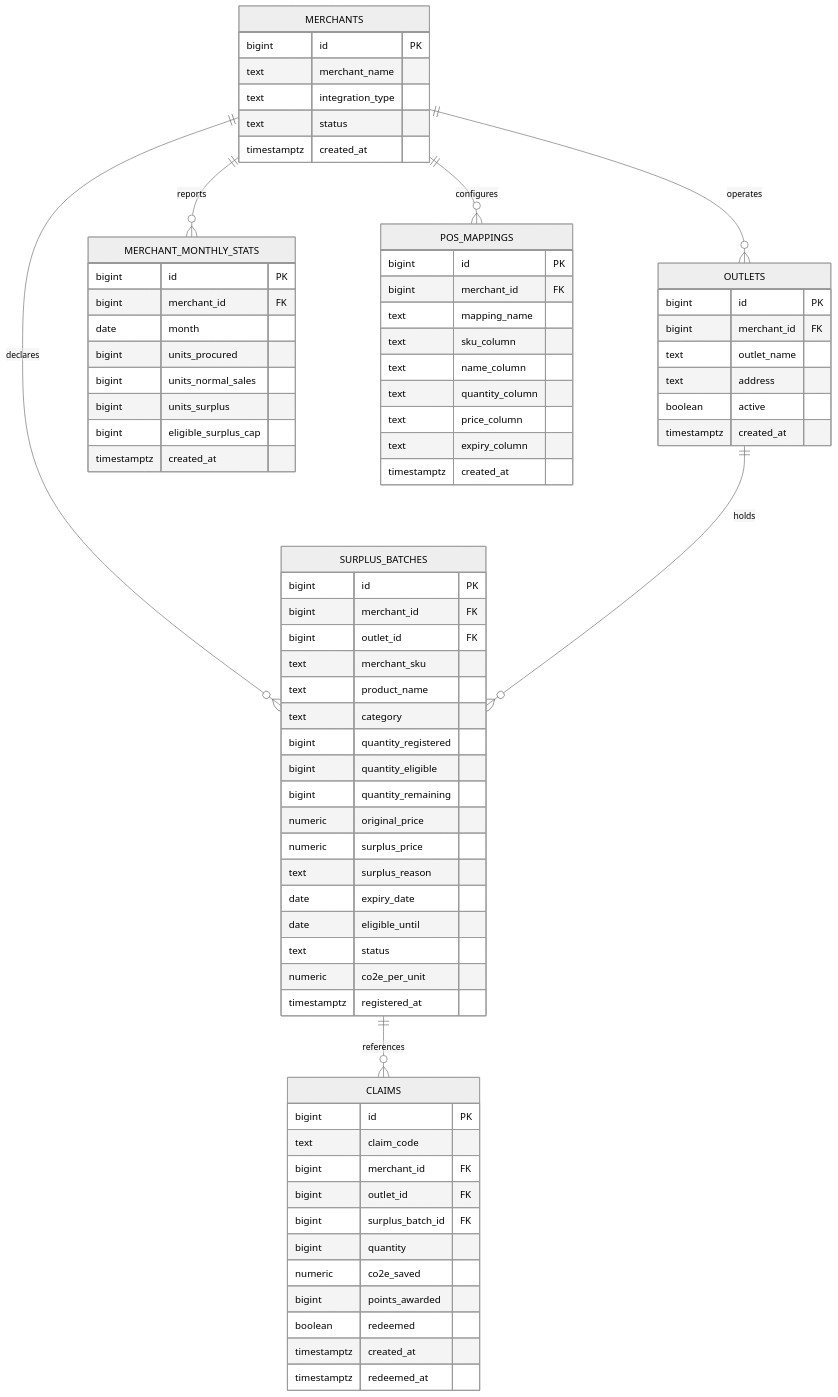
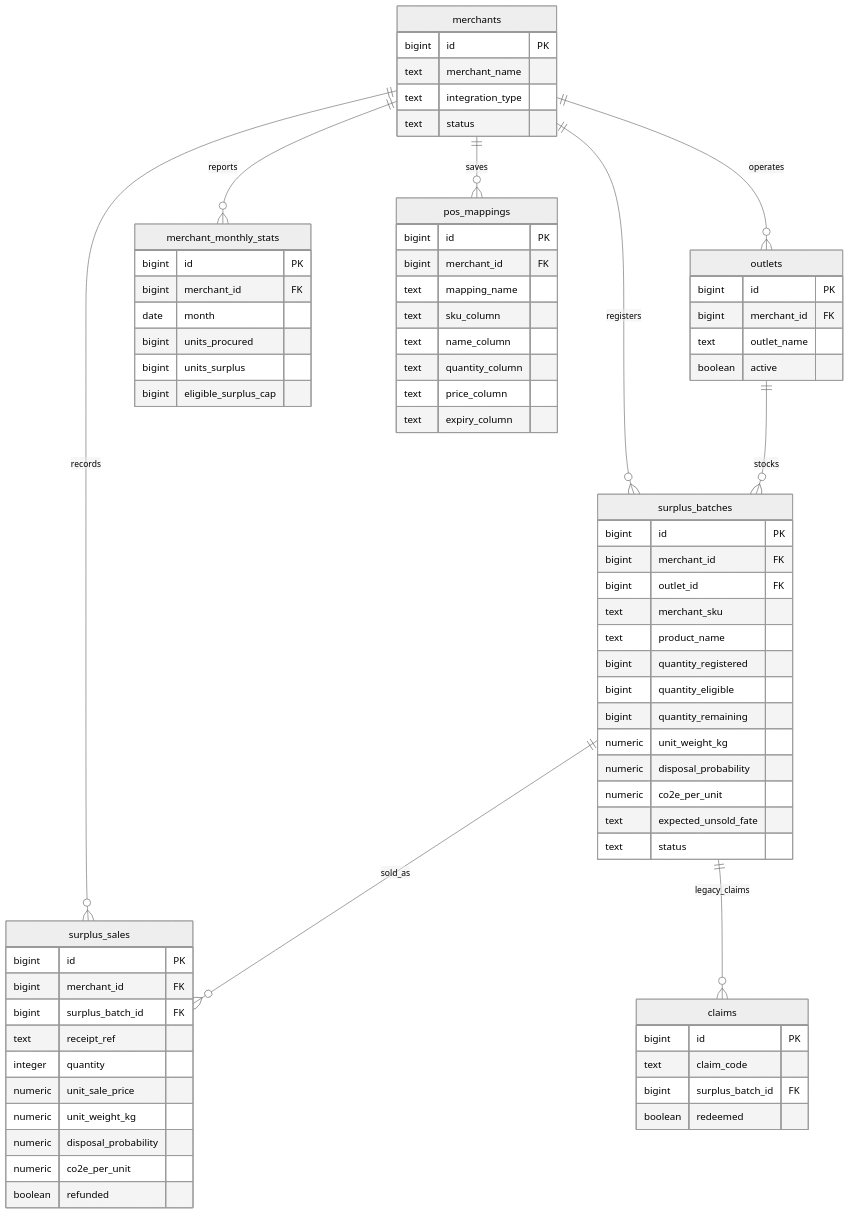
The fourth of 7 diagrams in PROJECT_DOCUMENTATION.md (JonelleTWQ/circular-quest-merchant), drawn with Mermaid (neutral theme) before and after one commit. The commit also changed other lines of this file, not shown here.

````diff
--- a/PROJECT_DOCUMENTATION.md
+++ b/PROJECT_DOCUMENTATION.md
@@ -134,78 +160,74 @@
 ```mermaid
 erDiagram
-    MERCHANTS ||--o{ OUTLETS : operates
-    MERCHANTS ||--o{ SURPLUS_BATCHES : declares
-    OUTLETS ||--o{ SURPLUS_BATCHES : holds
-    MERCHANTS ||--o{ MERCHANT_MONTHLY_STATS : reports
-    MERCHANTS ||--o{ POS_MAPPINGS : configures
-    SURPLUS_BATCHES ||--o{ CLAIMS : references
-
-    MERCHANTS {
-        bigint id PK
-        text merchant_name
-        text integration_type
-        text status
-        timestamptz created_at
-    }
-    OUTLETS {
-        bigint id PK
-        bigint merchant_id FK
-        text outlet_name
-        text address
-        boolean active
-        timestamptz created_at
-    }
-    SURPLUS_BATCHES {
-        bigint id PK
-        bigint merchant_id FK
-        bigint outlet_id FK
-        text merchant_sku
-        text product_name
-        text category
-        bigint quantity_registered
-        bigint quantity_eligible
-        bigint quantity_remaining
-        numeric original_price
-        numeric surplus_price
-        text surplus_reason
-        date expiry_date
-        date eligible_until
-        text status
-        numeric co2e_per_unit
-        timestamptz registered_at
-    }
-    POS_MAPPINGS {
-        bigint id PK
-        bigint merchant_id FK
-        text mapping_name
-        text sku_column
-        text name_column
-        text quantity_column
-        text price_column
-        text expiry_column
-        timestamptz created_at
-    }
-    MERCHANT_MONTHLY_STATS {
-        bigint id PK
-        bigint merchant_id FK
-        date month
-        bigint units_procured
-        bigint units_normal_sales
-        bigint units_surplus
-        bigint eligible_surplus_cap
-        timestamptz created_at
-    }
-    CLAIMS {
-        bigint id PK
-        text claim_code
-        bigint merchant_id FK
-        bigint outlet_id FK
-        bigint surplus_batch_id FK
-        bigint quantity
-        numeric co2e_saved
-        bigint points_awarded
-        boolean redeemed
-        timestamptz created_at
-        timestamptz redeemed_at
-    }
+  merchants ||--o{ outlets : operates
+  merchants ||--o{ surplus_batches : registers
+  outlets ||--o{ surplus_batches : stocks
+  merchants ||--o{ merchant_monthly_stats : reports
+  merchants ||--o{ pos_mappings : saves
+  merchants ||--o{ surplus_sales : records
+  surplus_batches ||--o{ surplus_sales : sold_as
+  surplus_batches ||--o{ claims : legacy_claims
+  merchants {
+    bigint id PK
+    text merchant_name
+    text integration_type
+    text status
+  }
+  outlets {
+    bigint id PK
+    bigint merchant_id FK
+    text outlet_name
+    boolean active
+  }
+  surplus_batches {
+    bigint id PK
+    bigint merchant_id FK
+    bigint outlet_id FK
+    text merchant_sku
+    text product_name
+    bigint quantity_registered
+    bigint quantity_eligible
+    bigint quantity_remaining
+    numeric unit_weight_kg
+    numeric disposal_probability
+    numeric co2e_per_unit
+    text expected_unsold_fate
+    text status
+  }
+  pos_mappings {
+    bigint id PK
+    bigint merchant_id FK
+    text mapping_name
+    text sku_column
+    text name_column
+    text quantity_column
+    text price_column
+    text expiry_column
+  }
+  merchant_monthly_stats {
+    bigint id PK
+    bigint merchant_id FK
+    date month
+    bigint units_procured
+    bigint units_surplus
+    bigint eligible_surplus_cap
+  }
+  surplus_sales {
+    bigint id PK
+    bigint merchant_id FK
+    bigint surplus_batch_id FK
+    text receipt_ref
+    integer quantity
+    numeric unit_sale_price
+    numeric unit_weight_kg
+    numeric disposal_probability
+    numeric co2e_per_unit
+    boolean refunded
+  }
+  claims {
+    bigint id PK
+    text claim_code
+    bigint surplus_batch_id FK
+    boolean redeemed
+  }
 ```
````
